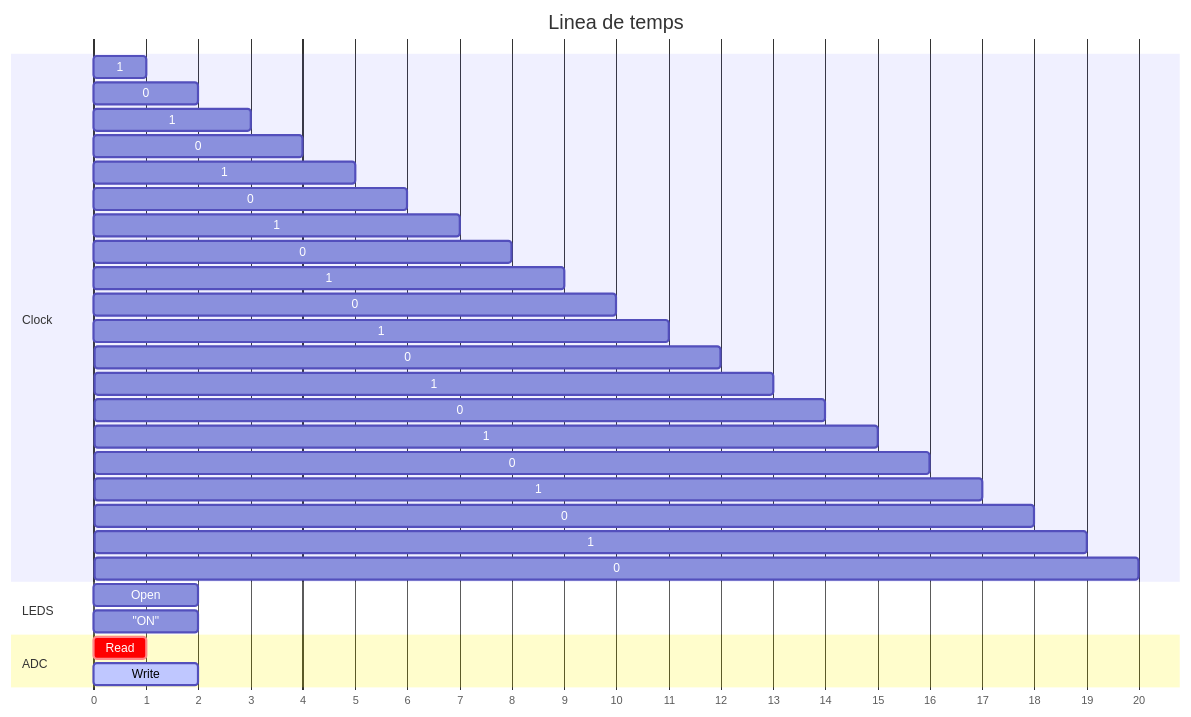
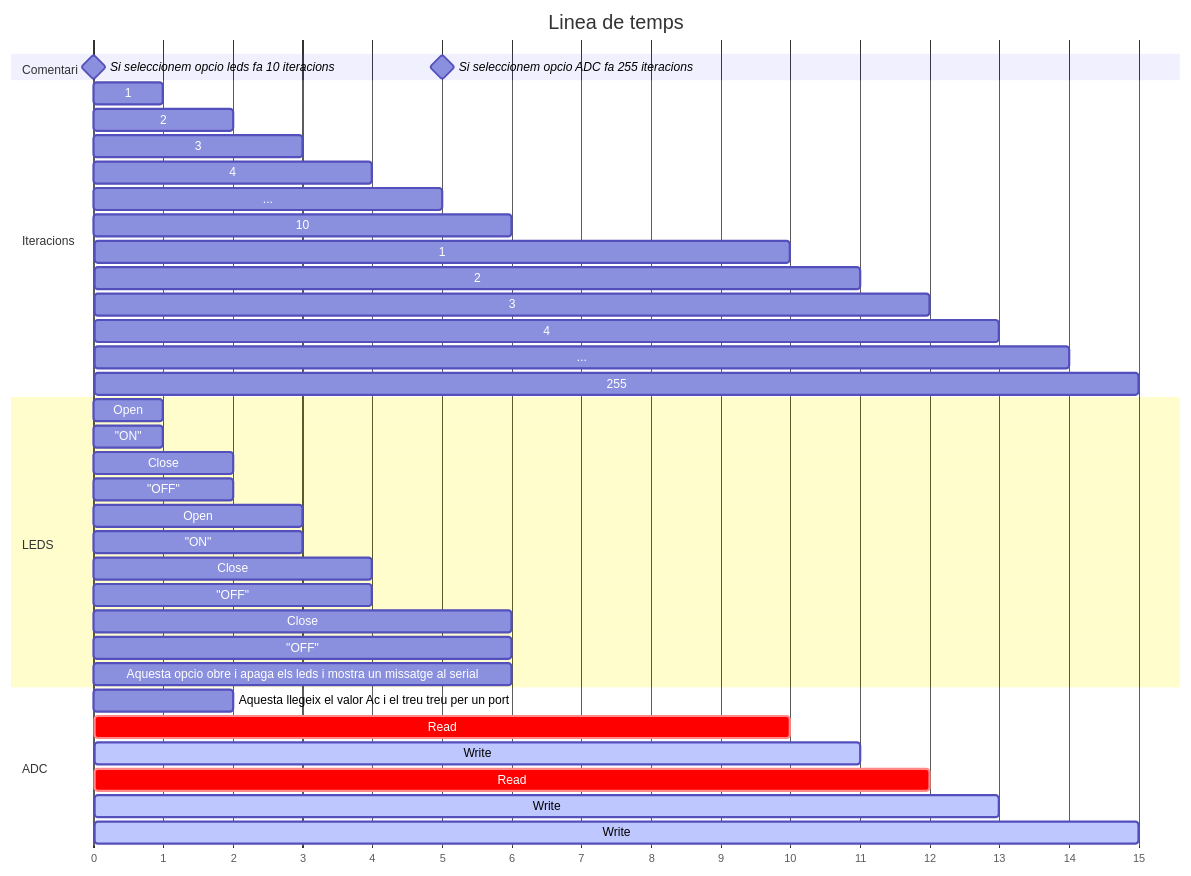
One commit to rubiolbernat/Practica_1_Blink changed the third of 3 diagrams in README.MD. Above: the diagram before and after it, drawn with Mermaid. The commit also changed other lines of this file, not shown here.

Commit message:
Final commit

````diff
--- a/README.MD
+++ b/README.MD
@@ -256,41 +168,56 @@
 ```mermaid
 ---
 displayMode: compact
 ---
 gantt
 title Linea de temps
    dateFormat X
    axisFormat %s
 
-   section Clock
-      1 : 0, 1
-      0 : 1, 2
-      1 : 2, 3
-      0 : 3, 4
-      1 : 4, 5
-      0 : 5, 6
-      1 : 6, 7
-      0 : 7, 8
-      1 : 8, 9
-      0 : 9, 10
-      1 : 10, 11
-      0 : 11, 12
-      1 : 12, 13
-      0 : 13, 14
-      1 : 14, 15
-      0 : 15, 16
-      1 : 16, 17
-      0 : 17, 18
-      1 : 18, 19
-      0 : 19, 20
+   section Comentari
+      Si seleccionem opcio leds fa 10 iteracions :milestone, 0,0
+      Si seleccionem opcio ADC fa 255 iteracions :milestone, 9,10
+
+   section Iteracions
+      1 : 0, 1 
+      2 : 1, 2
+      3 : 2, 3
+      4 : 3, 4
+      ... : 4, 5
+      10 : 5, 6
+      
+      
+      1 : 9, 10
+      2 : 10, 11
+      3 : 11, 12
+      4 : 12, 13
+      ... : 13, 14
+      255 : 14, 15
 
     section LEDS
-    Open  :1, 2
+    Open  :0, 1
+    Open  :2, 3
+
+    Close  :1, 2
+    Close  :3, 4
+    Close  :5, 6
 
     section LEDS
-    "ON"  : 1, 2
+    "ON"  : 0, 1
+    "ON"  : 2, 3
+
+    "OFF"  : 1, 2
+    "OFF"  : 3, 4
+    "OFF"  : 5, 6
+
+    Aquesta opcio obre i apaga els leds i mostra un missatge al serial :6,6
+    
 
     section ADC
-    Read  :crit, 0, 1
-    Write  :active, 1, 2
+    Aquesta llegeix el valor Ac i el treu treu per un port :2,2
+    Read  :crit, 9, 10
+    Write  :active, 10, 11
+    Read  :crit, 11, 12
+    Write  :active, 12, 13
+    Write  :active, 14, 15
 ```
````
